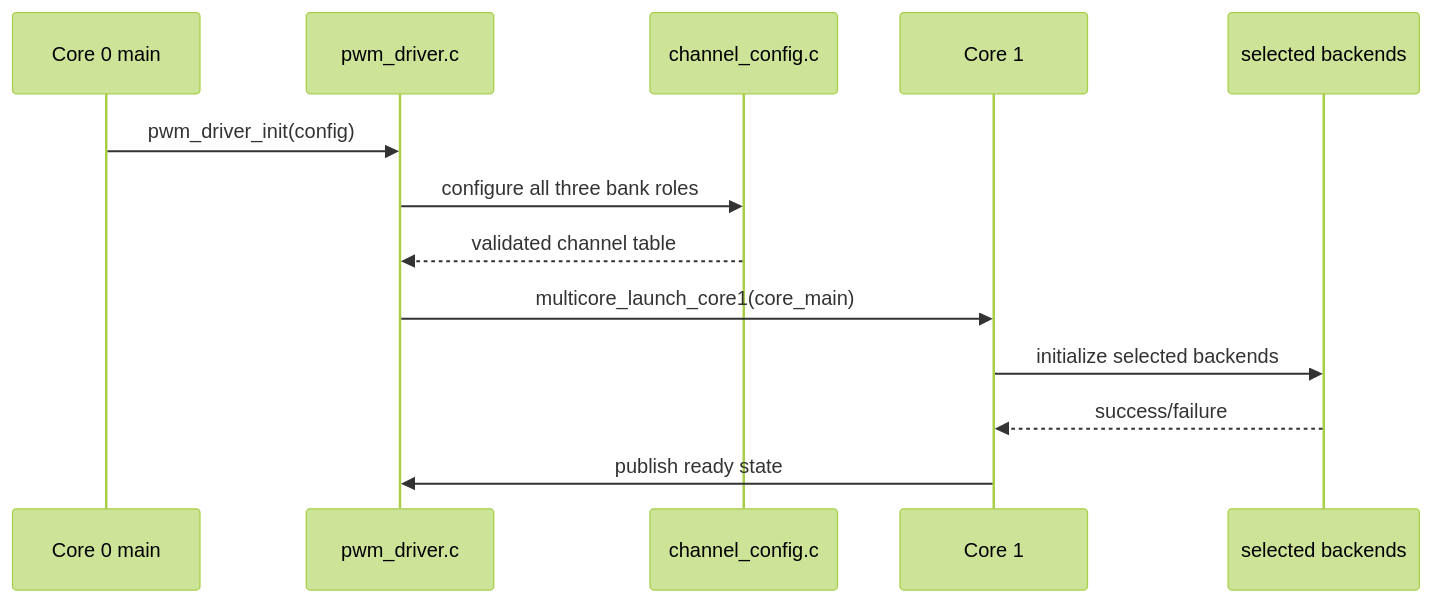
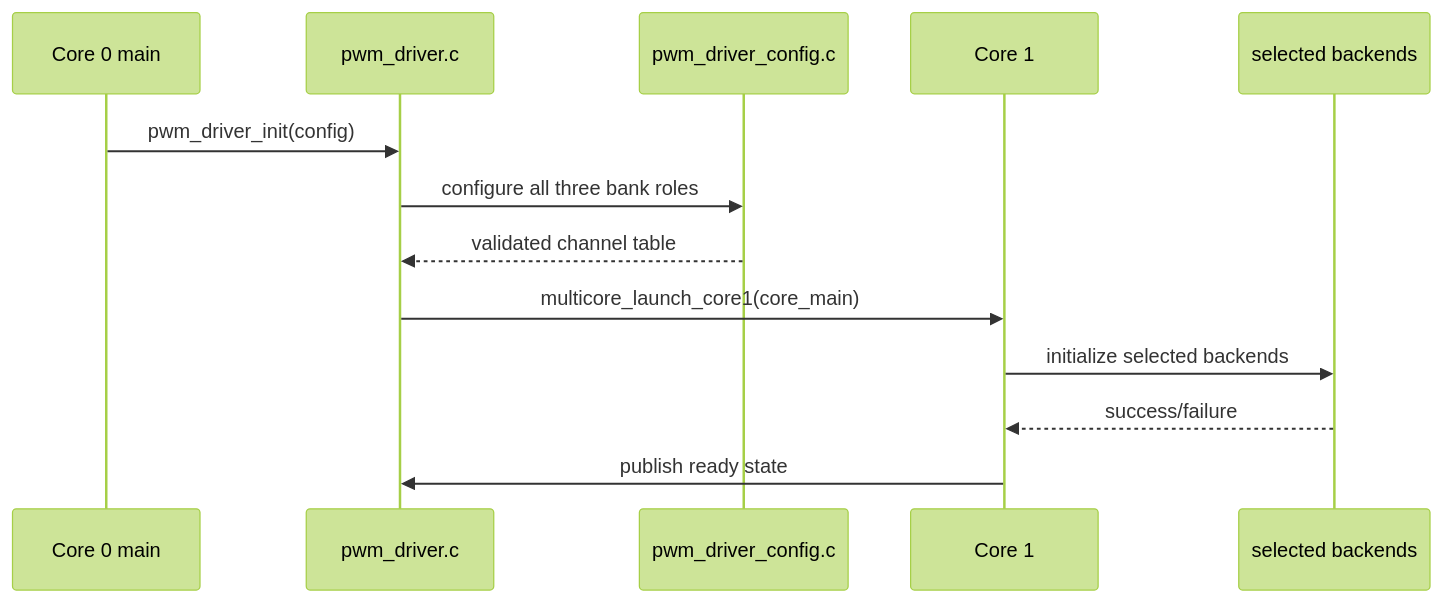
The fourth of 8 diagrams in docs/detail/pwm_driver_design.md (djwinter29-oss/PicoPWM), drawn with Mermaid (forest theme) before and after one commit. The commit also changed other lines of this file and 41 other files, not shown here.

First line of the commit message:
Fix PWM duty, config save, and control-path review findings (#4)

````diff
--- a/docs/detail/pwm_driver_design.md
+++ b/docs/detail/pwm_driver_design.md
@@ -307,16 +307,16 @@
 ```mermaid
 sequenceDiagram
     participant Main as Core 0 main
     participant WR as pwm_driver.c
-    participant CFG as channel_config.c
+    participant CFG as pwm_driver_config.c
     participant C1 as Core 1
     participant BE as selected backends
 
     Main->>WR: pwm_driver_init(config)
     WR->>CFG: configure all three bank roles
     CFG-->>WR: validated channel table
     WR->>C1: multicore_launch_core1(core_main)
     C1->>BE: initialize selected backends
     BE-->>C1: success/failure
     C1->>WR: publish ready state
 ```
````
